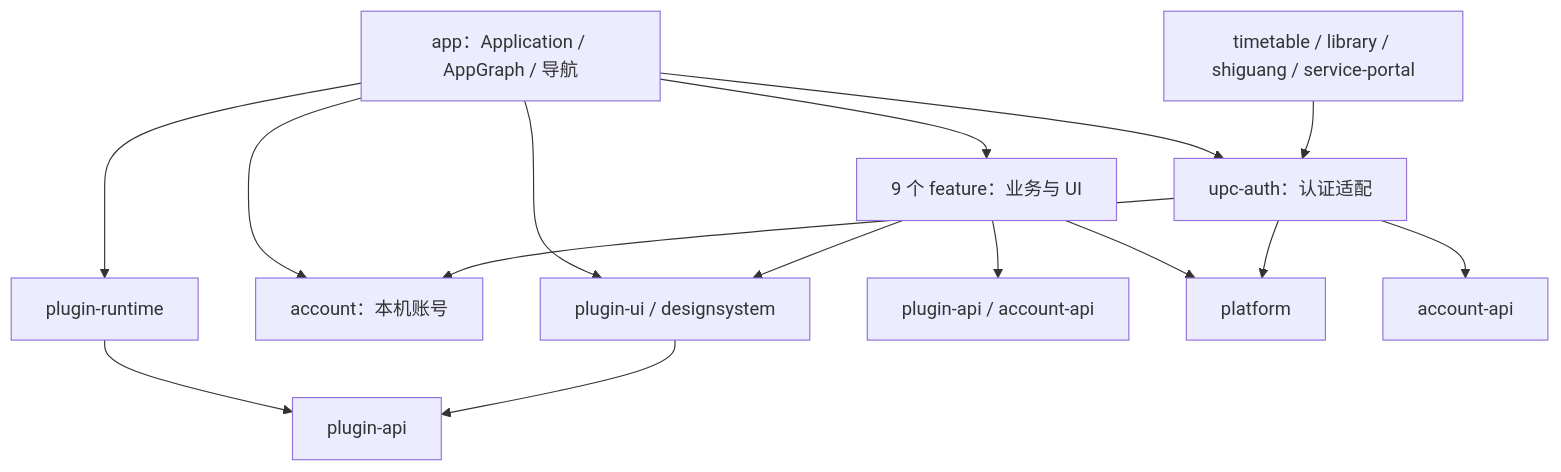
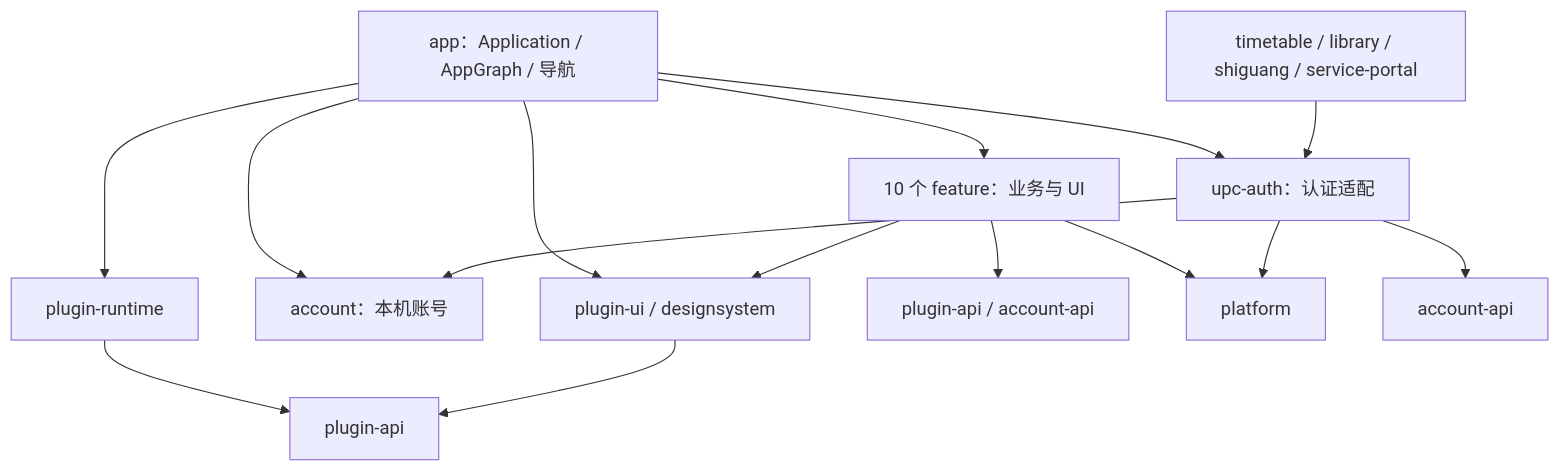
The first of 2 diagrams in ARCHITECTURE.md (dlam12138/UPCPocket), drawn with Mermaid before and after one commit. The commit also changed other lines of this file and 34 other files, not shown here.

Commit message:
feat: 增加校园地图与前台导航

````diff
--- a/ARCHITECTURE.md
+++ b/ARCHITECTURE.md
@@ -9,17 +9,17 @@
 ```mermaid
 flowchart TD
-    A[app：Application / AppGraph / 导航] --> F[9 个 feature：业务与 UI]
+    A[app：Application / AppGraph / 导航] --> F[10 个 feature：业务与 UI]
     A --> R[plugin-runtime]
     A --> C[account：本机账号]
     A --> U[upc-auth：认证适配]
     A --> UI[plugin-ui / designsystem]
     F --> API[plugin-api / account-api]
     F --> UI
     F --> P[platform]
     TF[timetable / library / shiguang / service-portal] --> U
     U --> C
     U --> P
     U --> AA[account-api]
     R --> PA[plugin-api]
     UI --> PA
 ```
````
